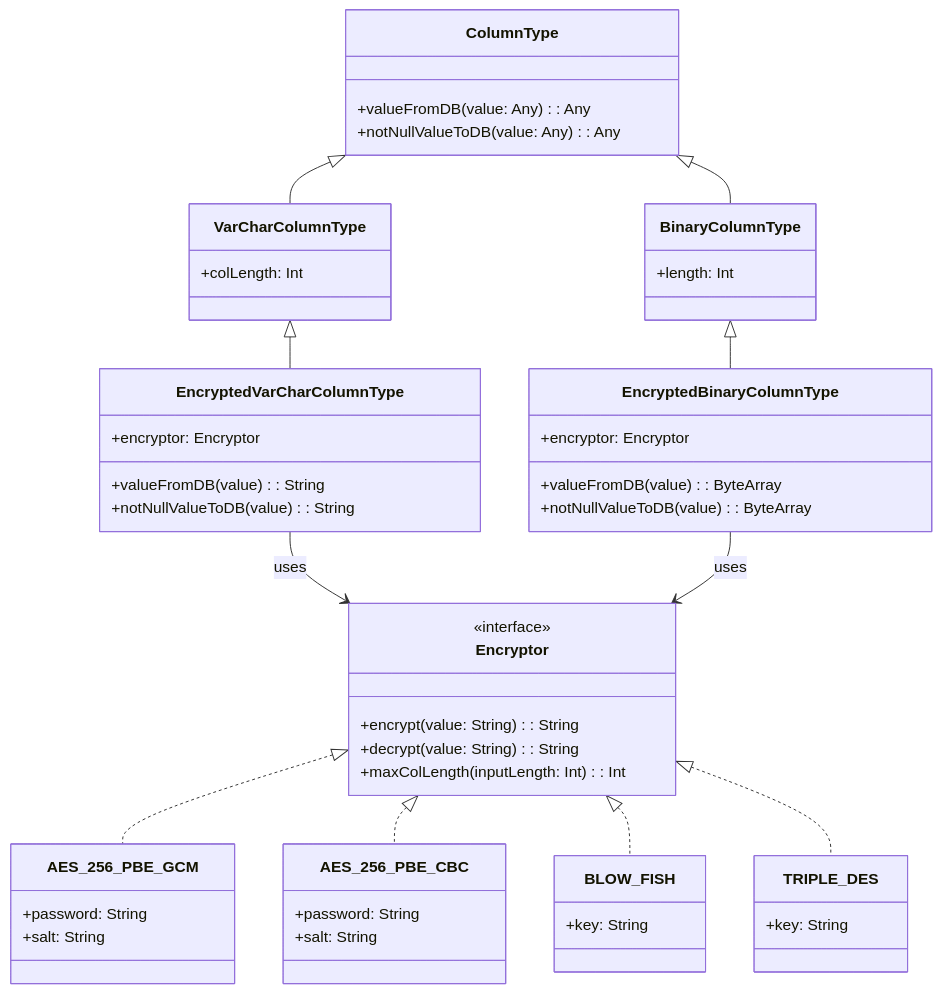
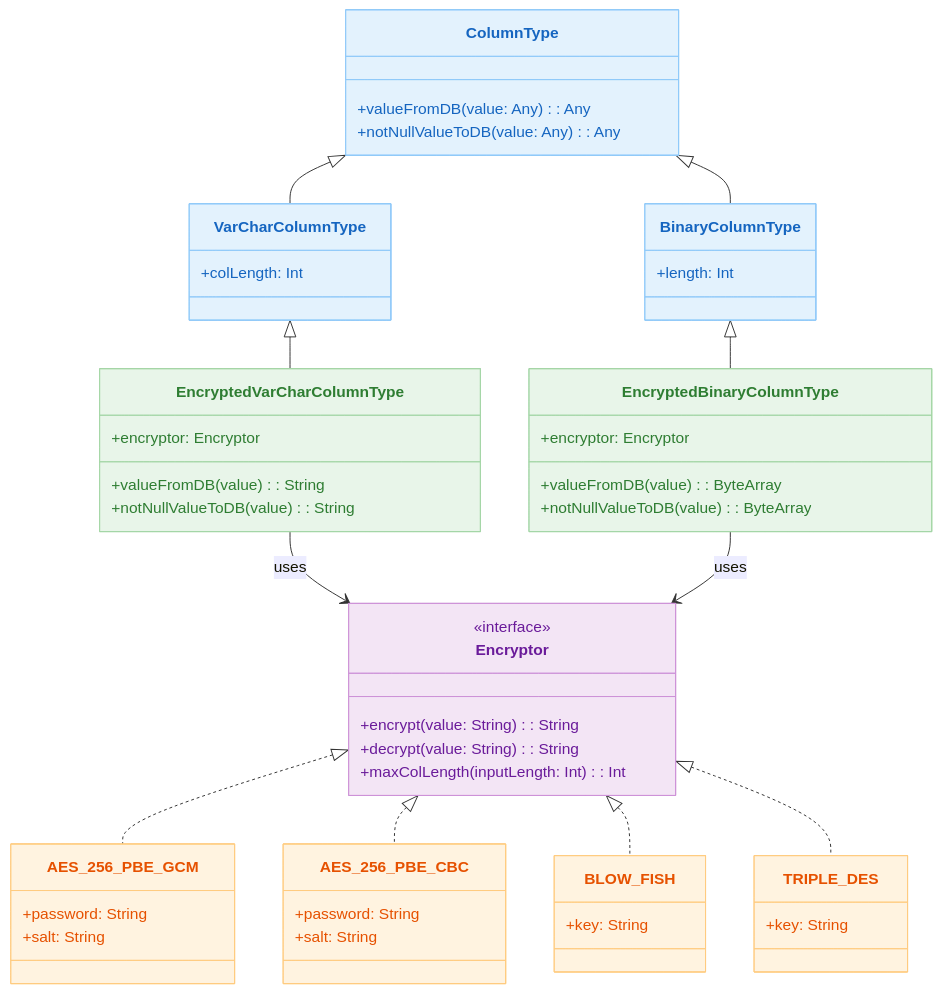
Before and after one commit to bluetape4k/exposed-workshop: the second of 2 diagrams in 06-advanced/01-exposed-crypt/README.md, drawn with Mermaid. The commit also changed other lines of this file and 56 other files, not shown here.

First line of the commit message:
docs: 전체 README mermaid 다이어그램에 파스텔 톤 색상 적용

````diff
--- a/06-advanced/01-exposed-crypt/README.md
+++ b/06-advanced/01-exposed-crypt/README.md
@@ -165,54 +173,65 @@
 ```mermaid
 classDiagram
     class ColumnType {
         +valueFromDB(value: Any): Any
         +notNullValueToDB(value: Any): Any
     }
     class VarCharColumnType {
         +colLength: Int
     }
     class BinaryColumnType {
         +length: Int
     }
     class EncryptedVarCharColumnType {
         +encryptor: Encryptor
         +valueFromDB(value): String
         +notNullValueToDB(value): String
     }
     class EncryptedBinaryColumnType {
         +encryptor: Encryptor
         +valueFromDB(value): ByteArray
         +notNullValueToDB(value): ByteArray
     }
     class Encryptor {
         <<interface>>
         +encrypt(value: String): String
         +decrypt(value: String): String
         +maxColLength(inputLength: Int): Int
     }
     class AES_256_PBE_GCM {
         +password: String
         +salt: String
     }
     class AES_256_PBE_CBC {
         +password: String
         +salt: String
     }
     class BLOW_FISH {
         +key: String
     }
     class TRIPLE_DES {
         +key: String
     }
 
     ColumnType <|-- VarCharColumnType
     ColumnType <|-- BinaryColumnType
     VarCharColumnType <|-- EncryptedVarCharColumnType
     BinaryColumnType <|-- EncryptedBinaryColumnType
     EncryptedVarCharColumnType --> Encryptor : uses
     EncryptedBinaryColumnType --> Encryptor : uses
     Encryptor <|.. AES_256_PBE_GCM
     Encryptor <|.. AES_256_PBE_CBC
     Encryptor <|.. BLOW_FISH
     Encryptor <|.. TRIPLE_DES
+
+    style ColumnType fill:#E3F2FD,stroke:#90CAF9,color:#1565C0
+    style VarCharColumnType fill:#E3F2FD,stroke:#90CAF9,color:#1565C0
+    style BinaryColumnType fill:#E3F2FD,stroke:#90CAF9,color:#1565C0
+    style EncryptedVarCharColumnType fill:#E8F5E9,stroke:#A5D6A7,color:#2E7D32
+    style EncryptedBinaryColumnType fill:#E8F5E9,stroke:#A5D6A7,color:#2E7D32
+    style Encryptor fill:#F3E5F5,stroke:#CE93D8,color:#6A1B9A
+    style AES_256_PBE_GCM fill:#FFF3E0,stroke:#FFCC80,color:#E65100
+    style AES_256_PBE_CBC fill:#FFF3E0,stroke:#FFCC80,color:#E65100
+    style BLOW_FISH fill:#FFF3E0,stroke:#FFCC80,color:#E65100
+    style TRIPLE_DES fill:#FFF3E0,stroke:#FFCC80,color:#E65100
 ```
````
